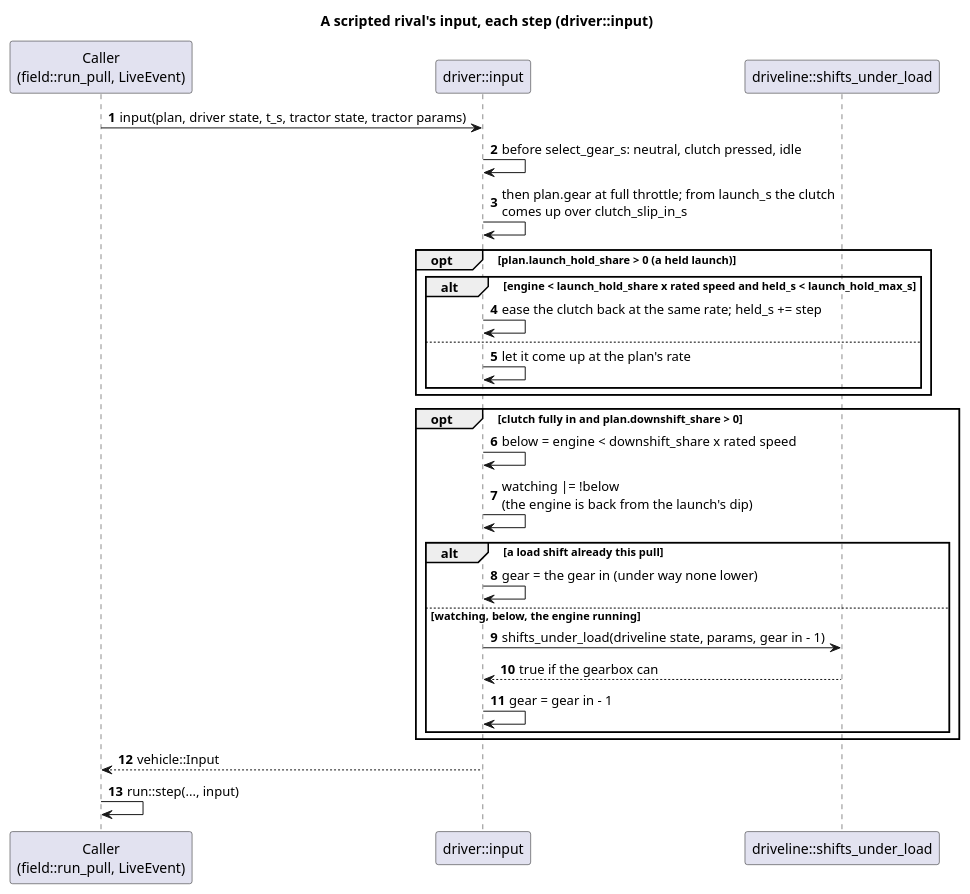
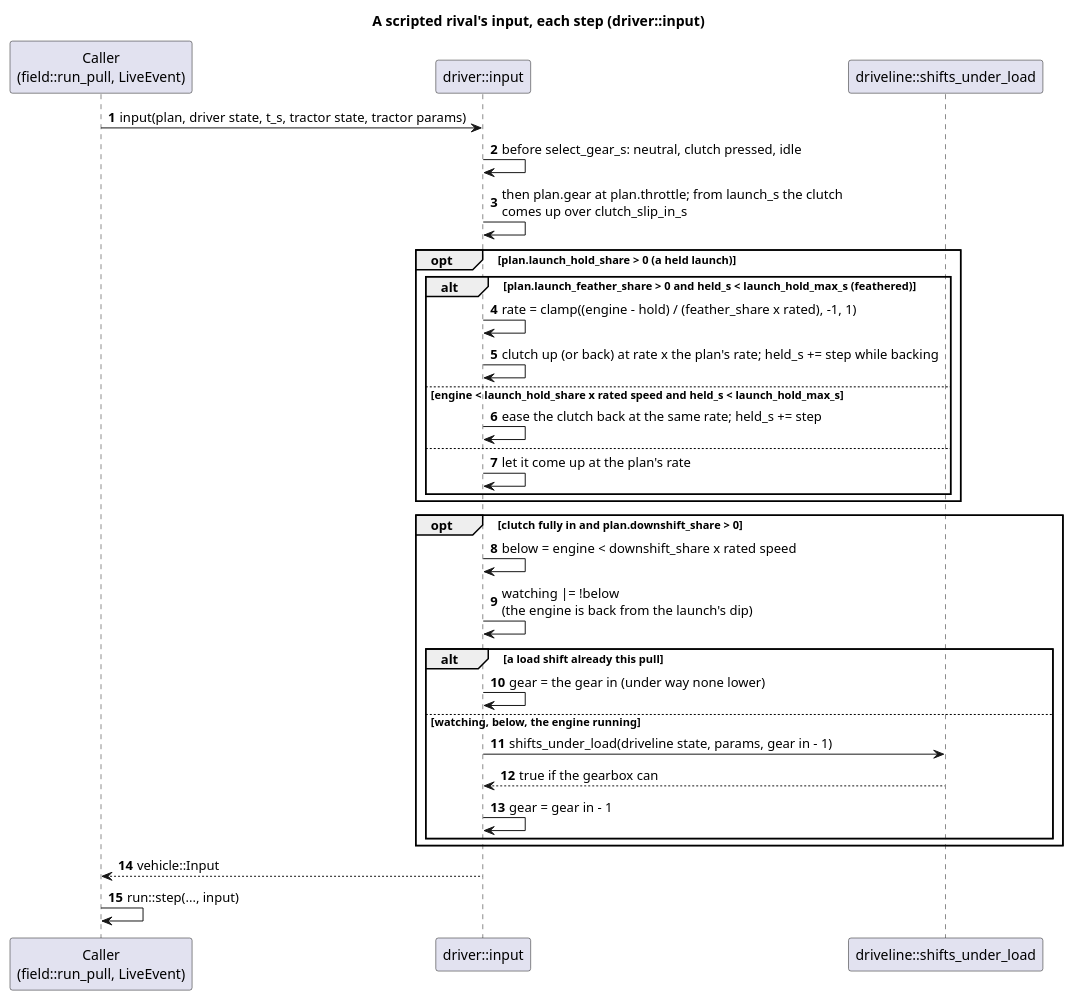
Before and after one commit to wversteeg/TractorPulling: the diagram in docs/diagrams/driver_input_sequence.puml, drawn with PlantUML. The commit also changed 54 other files, not shown here.

First line of the commit message:
Sled breakaway, feathered launches and throttle choice for every class; Supersport power on firm tracks (#145)

```diff
--- a/docs/diagrams/driver_input_sequence.puml
+++ b/docs/diagrams/driver_input_sequence.puml
@@ -1,31 +1,34 @@
 @startuml driver_input_sequence
 title A scripted rival's input, each step (driver::input)
 autonumber
 participant "Caller\n(field::run_pull, LiveEvent)" as Caller
 participant "driver::input" as Driver
 participant "driveline::shifts_under_load" as Load
 
 Caller -> Driver : input(plan, driver state, t_s, tractor state, tractor params)
 Driver -> Driver : before select_gear_s: neutral, clutch pressed, idle
-Driver -> Driver : then plan.gear at full throttle; from launch_s the clutch\ncomes up over clutch_slip_in_s
+Driver -> Driver : then plan.gear at plan.throttle; from launch_s the clutch\ncomes up over clutch_slip_in_s
 opt plan.launch_hold_share > 0 (a held launch)
-  alt engine < launch_hold_share x rated speed and held_s < launch_hold_max_s
+  alt plan.launch_feather_share > 0 and held_s < launch_hold_max_s (feathered)
+    Driver -> Driver : rate = clamp((engine - hold) / (feather_share x rated), -1, 1)
+    Driver -> Driver : clutch up (or back) at rate x the plan's rate; held_s += step while backing
+  else engine < launch_hold_share x rated speed and held_s < launch_hold_max_s
     Driver -> Driver : ease the clutch back at the same rate; held_s += step
   else
     Driver -> Driver : let it come up at the plan's rate
   end
 end
 opt clutch fully in and plan.downshift_share > 0
   Driver -> Driver : below = engine < downshift_share x rated speed
   Driver -> Driver : watching |= !below\n(the engine is back from the launch's dip)
   alt a load shift already this pull
     Driver -> Driver : gear = the gear in (under way none lower)
   else watching, below, the engine running
     Driver -> Load : shifts_under_load(driveline state, params, gear in - 1)
     Load --> Driver : true if the gearbox can
     Driver -> Driver : gear = gear in - 1
   end
 end
 Driver --> Caller : vehicle::Input
 Caller -> Caller : run::step(..., input)
 @enduml
```
